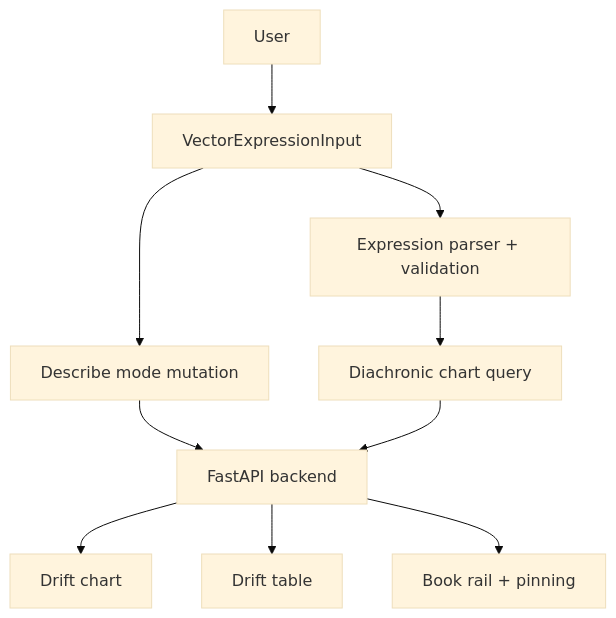
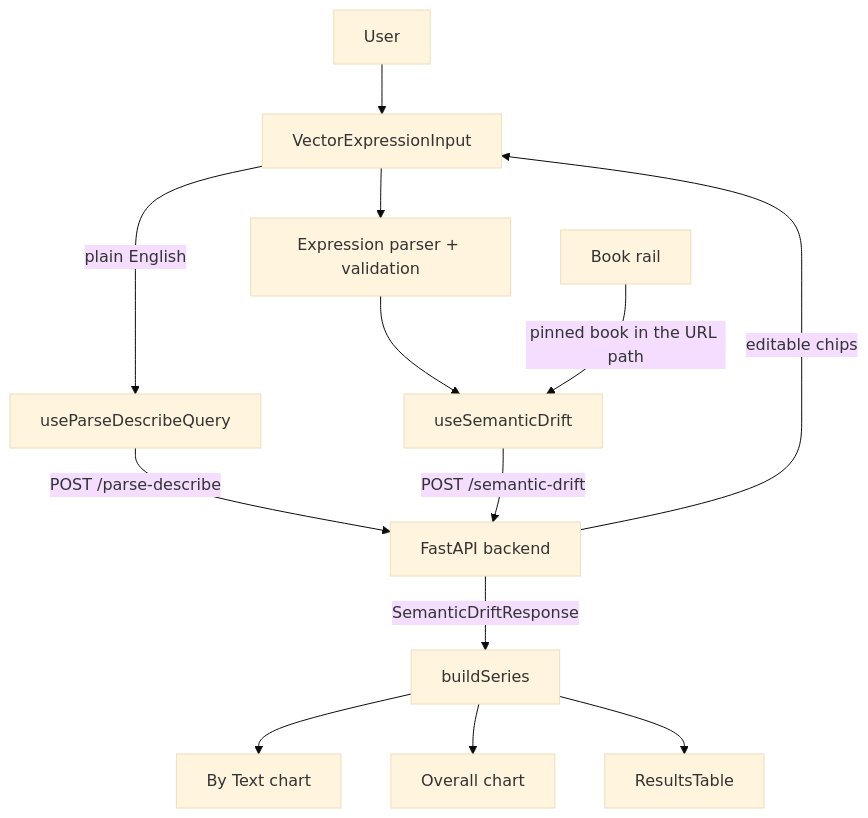
One commit to areebms/embedding-analytics-frontend changed the diagram in README.md. Above: the diagram before and after it, drawn with Mermaid (base theme). The commit also changed other lines of this file, not shown here.

````diff
--- a/README.md
+++ b/README.md
@@ -91,12 +83,15 @@
 ```mermaid
 flowchart TD
     User[User] --> Input[VectorExpressionInput]
+    Input -->|plain English| Describe[useParseDescribeQuery]
+    Describe -->|"POST /parse-describe"| API[FastAPI backend]
+    API -->|editable chips| Input
     Input --> Parser[Expression parser + validation]
-    Input --> Describe[Describe mode mutation]
-    Parser --> Chart_Q[Diachronic chart query]
-    Describe --> API[FastAPI backend]
-    Chart_Q --> API
-    API --> Chart[Drift chart]
-    API --> Table[Drift table]
-    API --> Rail[Book rail + pinning]
+    Parser --> Drift[useSemanticDrift]
+    Rail[Book rail] -->|pinned book in the URL path| Drift
+    Drift -->|"POST /semantic-drift"| API
+    API -->|SemanticDriftResponse| Series[buildSeries]
+    Series --> ByText[By Text chart]
+    Series --> Overall[Overall chart]
+    Series --> Table[ResultsTable]
 ```
````
